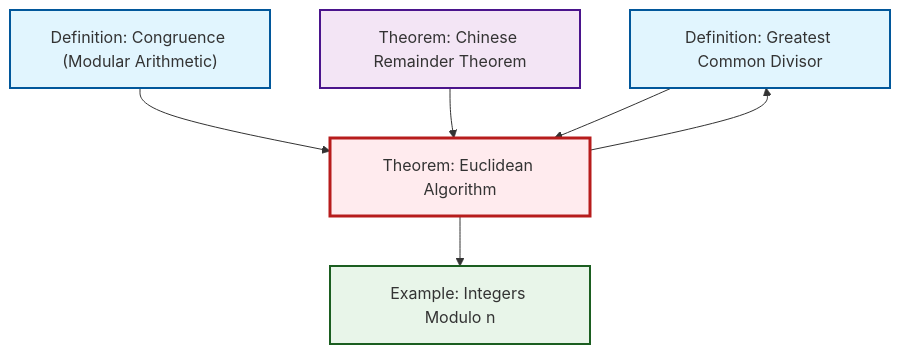
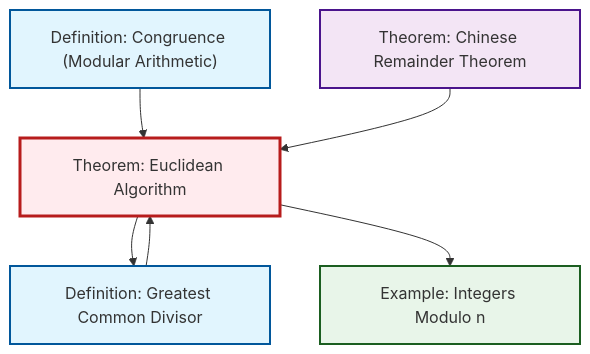
One commit to RK0429/ModernMath changed the second of 2 diagrams in content/en/number-theory/thm-euclidean-algorithm.qmd. Above: the diagram before and after it, drawn with Mermaid. The commit also changed other lines of this file and 360 other files, not shown here.

````diff
--- a/content/en/number-theory/thm-euclidean-algorithm.qmd
+++ b/content/en/number-theory/thm-euclidean-algorithm.qmd
@@ -94,24 +94,24 @@
 ```{mermaid}
 %%| fig-cap: "Local dependency graph"
 graph TD
     classDef definition fill:#e1f5fe,stroke:#01579b,stroke-width:2px
     classDef theorem fill:#f3e5f5,stroke:#4a148c,stroke-width:2px
     classDef axiom fill:#fff3e0,stroke:#e65100,stroke-width:2px
     classDef example fill:#e8f5e9,stroke:#1b5e20,stroke-width:2px
     classDef current fill:#ffebee,stroke:#b71c1c,stroke-width:3px
+    thm-chinese-remainder["Theorem: Chinese Remainder Theorem"]:::theorem
+    ex-quotient-integers-mod-n["Example: Integers Modulo n"]:::example
+    def-congruence["Definition: Congruence (Modular Arithmetic)"]:::definition
+    thm-euclidean-algorithm["Theorem: Euclidean Algorithm"]:::theorem
     def-gcd["Definition: Greatest Common Divisor"]:::definition
-    thm-euclidean-algorithm["Theorem: Euclidean Algorithm"]:::theorem
-    thm-chinese-remainder["Theorem: Chinese Remainder Theorem"]:::theorem
-    def-congruence["Definition: Congruence (Modular Arithmetic)"]:::definition
-    ex-quotient-integers-mod-n["Example: Integers Modulo n"]:::example
     thm-euclidean-algorithm --> def-gcd
+    thm-euclidean-algorithm --> ex-quotient-integers-mod-n
+    def-gcd --> thm-euclidean-algorithm
     def-congruence --> thm-euclidean-algorithm
-    thm-euclidean-algorithm --> ex-quotient-integers-mod-n
     thm-chinese-remainder --> thm-euclidean-algorithm
-    def-gcd --> thm-euclidean-algorithm
     class thm-euclidean-algorithm current
+    click thm-chinese-remainder "thm-chinese-remainder.html" "Go to Chinese Remainder Theorem theorem"
+    click ex-quotient-integers-mod-n "ex-quotient-integers-mod-n.html" "Go to Integers Modulo n example"
+    click def-congruence "def-congruence.html" "Go to Congruence (Modular Arithmetic) definition"
     click def-gcd "def-gcd.html" "Go to Greatest Common Divisor definition"
-    click thm-chinese-remainder "thm-chinese-remainder.html" "Go to Chinese Remainder Theorem theorem"
-    click def-congruence "def-congruence.html" "Go to Congruence (Modular Arithmetic) definition"
-    click ex-quotient-integers-mod-n "ex-quotient-integers-mod-n.html" "Go to Integers Modulo n example"
 ```
````
